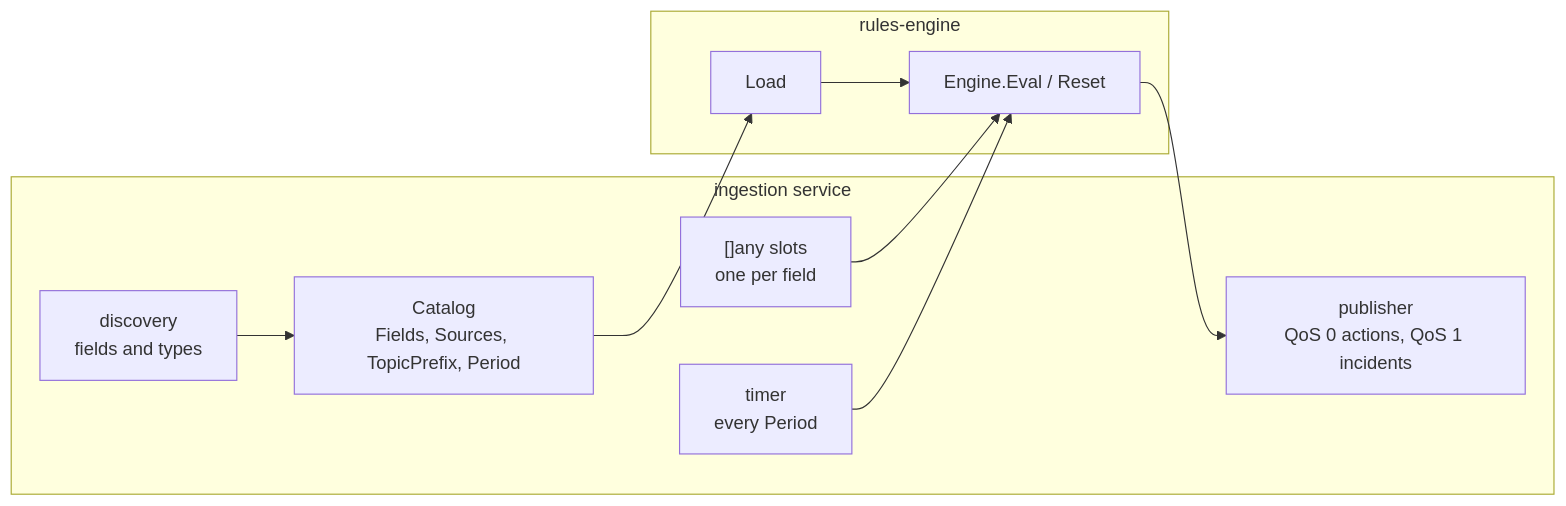
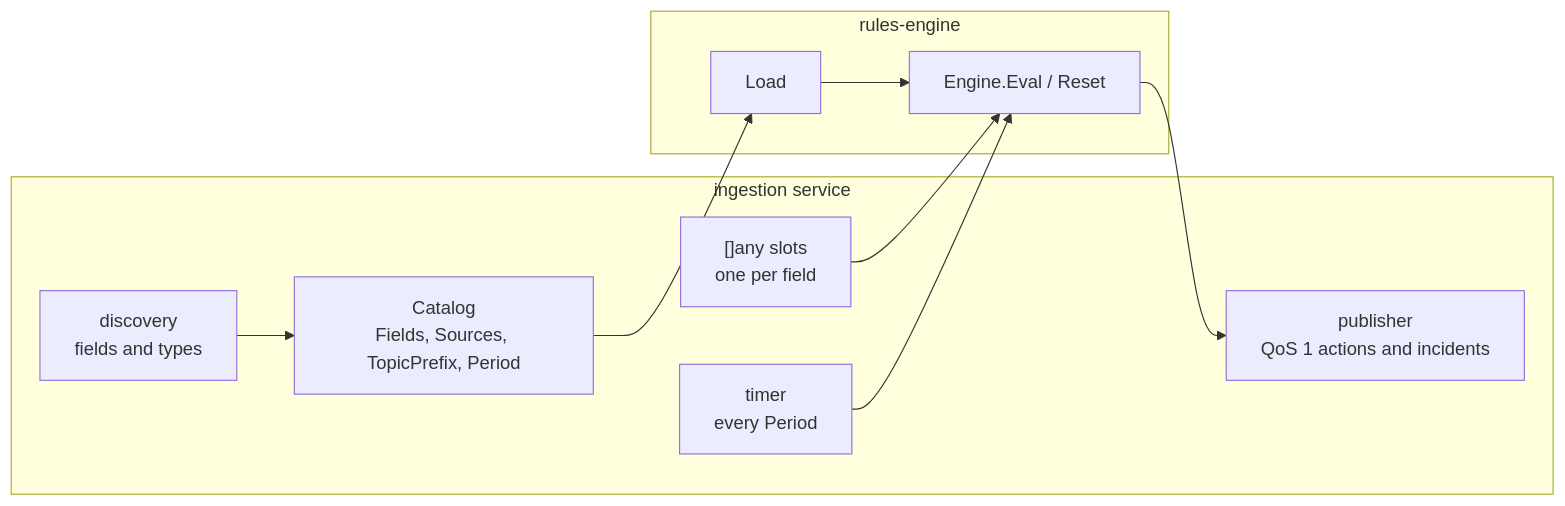
One commit to o16s/rules-editor changed the first of 2 diagrams in rules-engine/specs/system_architecture/SYSARCH-002-service-adapter.md. Above: the diagram before and after it, drawn with Mermaid. The commit also changed other lines of this file and 20 other files, not shown here.

````diff
--- a/rules-engine/specs/system_architecture/SYSARCH-002-service-adapter.md
+++ b/rules-engine/specs/system_architecture/SYSARCH-002-service-adapter.md
@@ -35,20 +35,20 @@
 ```mermaid
 graph LR
     subgraph svc["ingestion service"]
         disc["discovery<br/>fields and types"]
         cat["Catalog<br/>Fields, Sources, TopicPrefix, Period"]
         slots["[]any slots<br/>one per field"]
         tick["timer<br/>every Period"]
-        pub["publisher<br/>QoS 0 actions, QoS 1 incidents"]
+        pub["publisher<br/>QoS 1 actions and incidents"]
     end
     subgraph eng["rules-engine"]
         load["Load"]
         e["Engine.Eval / Reset"]
     end
     disc --> cat
     cat --> load
     load --> e
     slots --> e
     tick --> e
     e --> pub
 ```
````
